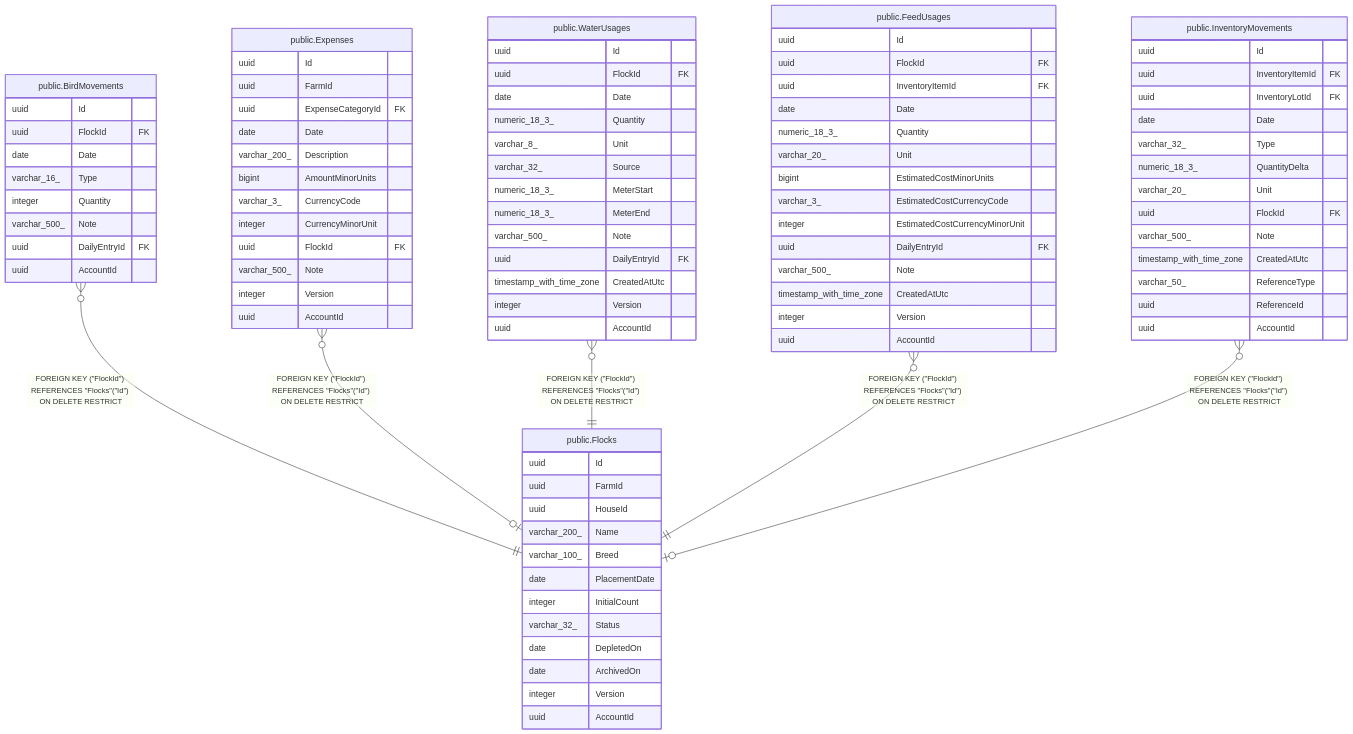
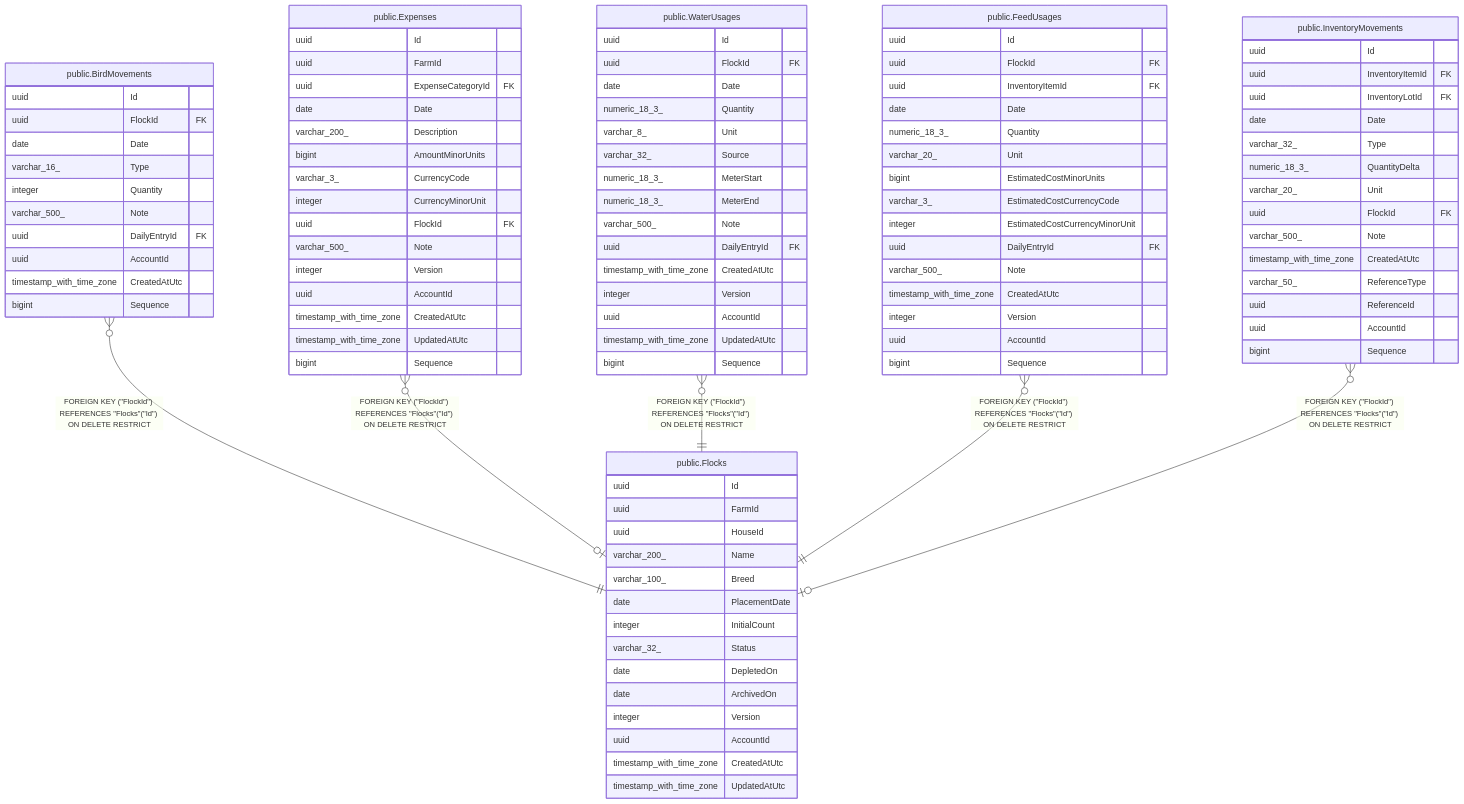
The diagram in docs/schema/public.Flocks.md (mforce/cluckwork), drawn with Mermaid before and after one commit. The commit also changed other lines of this file and 105 other files, not shown here.

````diff
--- a/docs/schema/public.Flocks.md
+++ b/docs/schema/public.Flocks.md
@@ -71,6 +81,8 @@
   date ArchivedOn
   integer Version
   uuid AccountId
+  timestamp_with_time_zone CreatedAtUtc
+  timestamp_with_time_zone UpdatedAtUtc
 }
 "public.BirdMovements" {
   uuid Id
@@ -81,6 +93,8 @@
   varchar_500_ Note
   uuid DailyEntryId FK
   uuid AccountId
+  timestamp_with_time_zone CreatedAtUtc
+  bigint Sequence
 }
 "public.Expenses" {
   uuid Id
@@ -95,6 +109,9 @@
   varchar_500_ Note
   integer Version
   uuid AccountId
+  timestamp_with_time_zone CreatedAtUtc
+  timestamp_with_time_zone UpdatedAtUtc
+  bigint Sequence
 }
 "public.WaterUsages" {
   uuid Id
@@ -110,6 +127,8 @@
   timestamp_with_time_zone CreatedAtUtc
   integer Version
   uuid AccountId
+  timestamp_with_time_zone UpdatedAtUtc
+  bigint Sequence
 }
 "public.FeedUsages" {
   uuid Id
@@ -126,6 +145,7 @@
   timestamp_with_time_zone CreatedAtUtc
   integer Version
   uuid AccountId
+  bigint Sequence
 }
 "public.InventoryMovements" {
   uuid Id
@@ -141,5 +161,6 @@
   varchar_50_ ReferenceType
   uuid ReferenceId
   uuid AccountId
+  bigint Sequence
 }
 ```
````
